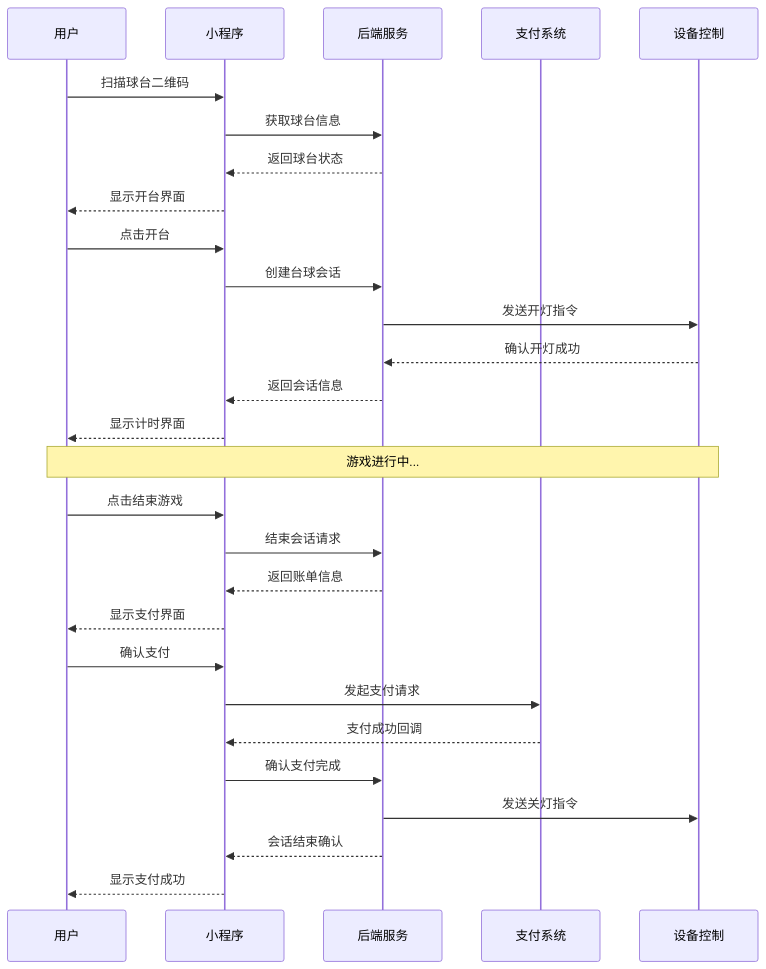
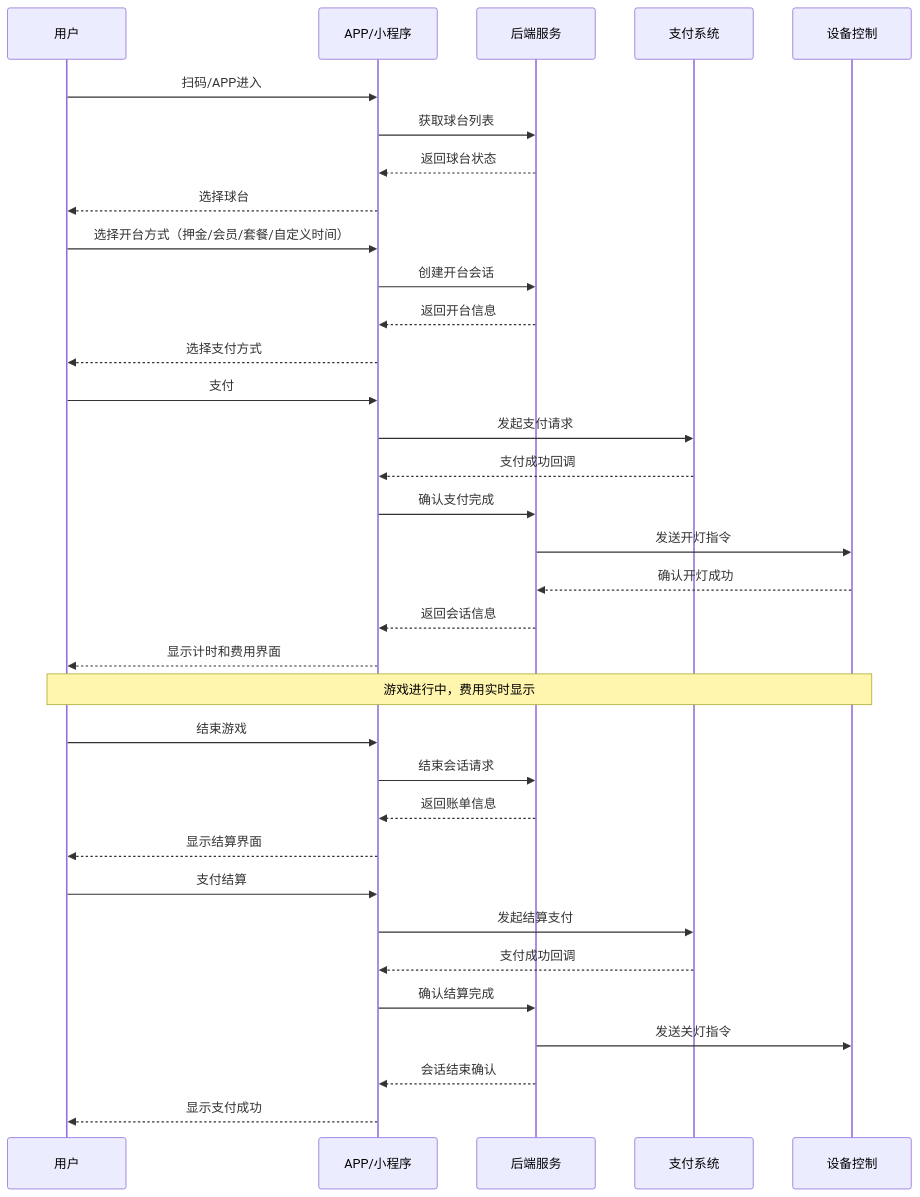
Before and after one commit to douhuaa/Zss.BilliardHall: the third of 4 diagrams in doc/01_项目概述/角色与使用场景.md, drawn with Mermaid. The commit also changed other lines of this file, not shown here.

Commit message:
docs: 更新角色与使用场景文档，优化开台流程和关键场景描述

````diff
--- a/doc/01_项目概述/角色与使用场景.md
+++ b/doc/01_项目概述/角色与使用场景.md
@@ -191,35 +209,42 @@
 ```mermaid
 sequenceDiagram
     participant U as 用户
-    participant MP as 小程序
+    participant APP as APP/小程序
     participant API as 后端服务
     participant PAY as 支付系统
     participant DEV as 设备控制
-    
-    U->>MP: 扫描球台二维码
-    MP->>API: 获取球台信息
-    API-->>MP: 返回球台状态
-    MP-->>U: 显示开台界面
-    
-    U->>MP: 点击开台
-    MP->>API: 创建台球会话
+
+    U->>APP: 扫码/APP进入
+    APP->>API: 获取球台列表
+    API-->>APP: 返回球台状态
+    APP-->>U: 选择球台
+
+    U->>APP: 选择开台方式（押金/会员/套餐/自定义时间）
+    APP->>API: 创建开台会话
+    API-->>APP: 返回开台信息
+    APP-->>U: 选择支付方式
+
+    U->>APP: 支付
+    APP->>PAY: 发起支付请求
+    PAY-->>APP: 支付成功回调
+    APP->>API: 确认支付完成
     API->>DEV: 发送开灯指令
     DEV-->>API: 确认开灯成功
-    API-->>MP: 返回会话信息
-    MP-->>U: 显示计时界面
-    
-    Note over U,DEV: 游戏进行中...
-    
-    U->>MP: 点击结束游戏
-    MP->>API: 结束会话请求
-    API-->>MP: 返回账单信息
-    MP-->>U: 显示支付界面
-    
-    U->>MP: 确认支付
-    MP->>PAY: 发起支付请求
-    PAY-->>MP: 支付成功回调
-    MP->>API: 确认支付完成
+    API-->>APP: 返回会话信息
+    APP-->>U: 显示计时和费用界面
+
+    Note over U,DEV: 游戏进行中，费用实时显示
+
+    U->>APP: 结束游戏
+    APP->>API: 结束会话请求
+    API-->>APP: 返回账单信息
+    APP-->>U: 显示结算界面
+
+    U->>APP: 支付结算
+    APP->>PAY: 发起结算支付
+    PAY-->>APP: 支付成功回调
+    APP->>API: 确认结算完成
     API->>DEV: 发送关灯指令
-    API-->>MP: 会话结束确认
-    MP-->>U: 显示支付成功
+    API-->>APP: 会话结束确认
+    APP-->>U: 显示支付成功
 ```
````
